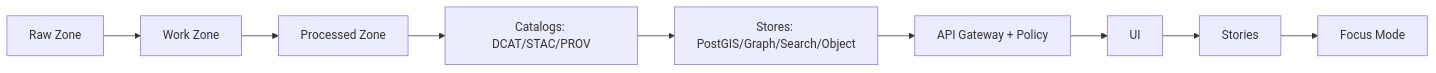
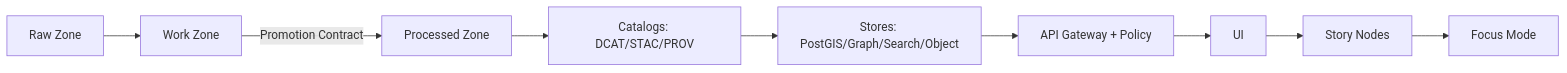
Before and after one commit to bartytime4life/Kansas-Frontier-Matrix: the diagram in scripts/README.md, drawn with Mermaid. The commit also changed other lines of this file, not shown here.

````diff
--- a/scripts/README.md
+++ b/scripts/README.md
@@ -176,11 +212,11 @@
 ```mermaid
 flowchart LR
   A[Raw Zone] --> B[Work Zone]
-  B --> C[Processed Zone]
+  B -->|Promotion Contract| C[Processed Zone]
   C --> D[Catalogs: DCAT/STAC/PROV]
   D --> E[Stores: PostGIS/Graph/Search/Object]
   E --> F[API Gateway + Policy]
   F --> G[UI]
-  G --> H[Stories]
+  G --> H[Story Nodes]
   H --> I[Focus Mode]
 ```
````
